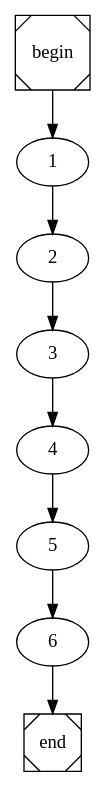
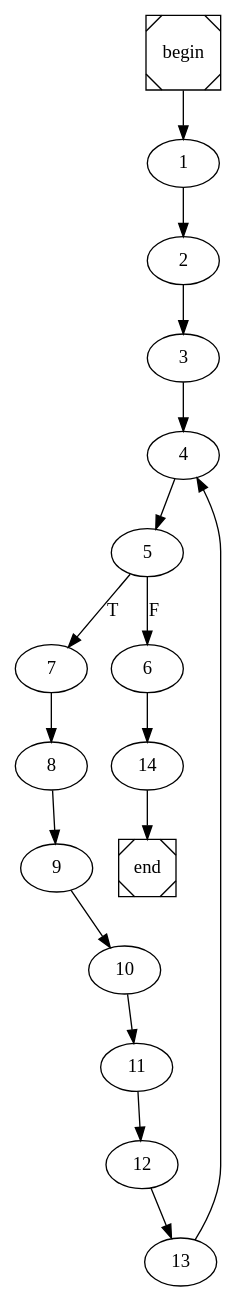
One commit to nunores/Java-Compiler changed the diagram in sum.dot. Above: the diagram before and after it, drawn with Graphviz. The commit also changed 32 other files, not shown here.

```diff
--- a/sum.dot
+++ b/sum.dot
@@ -1,4 +1,4 @@
 digraph cfg {
 	begin [shape=Msquare];
 	end [shape=Msquare];
-	begin -> 1;	1 -> 2;	2 -> 3;	3 -> 4;	4 -> 5;	5 -> 6;	6 -> end;}
+	begin -> 1;	1 -> 2;	2 -> 3;	3 -> 4;	4 -> 5;	5 -> 7[label=T];	5 -> 6[label=F];	6 -> 14;	7 -> 8;	8 -> 9;	9 -> 10;	10 -> 11;	11 -> 12;	12 -> 13;	13 -> 4;	14 -> end;}
```
